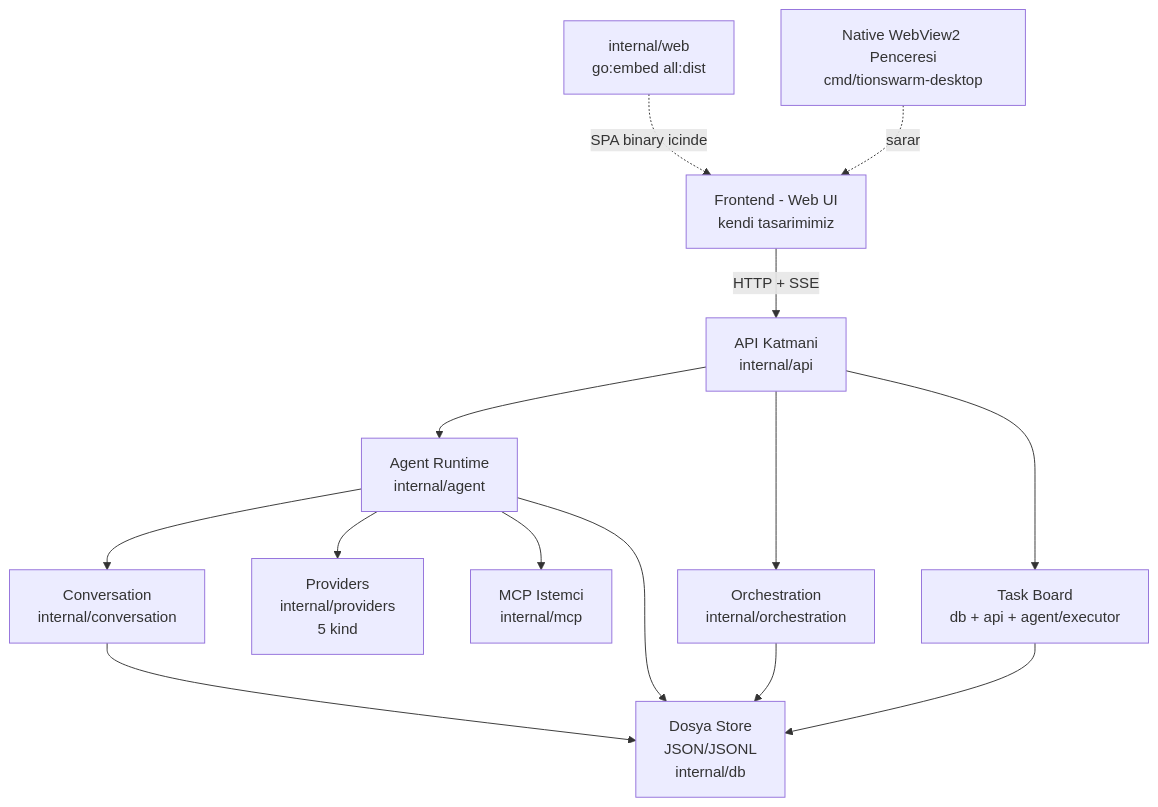
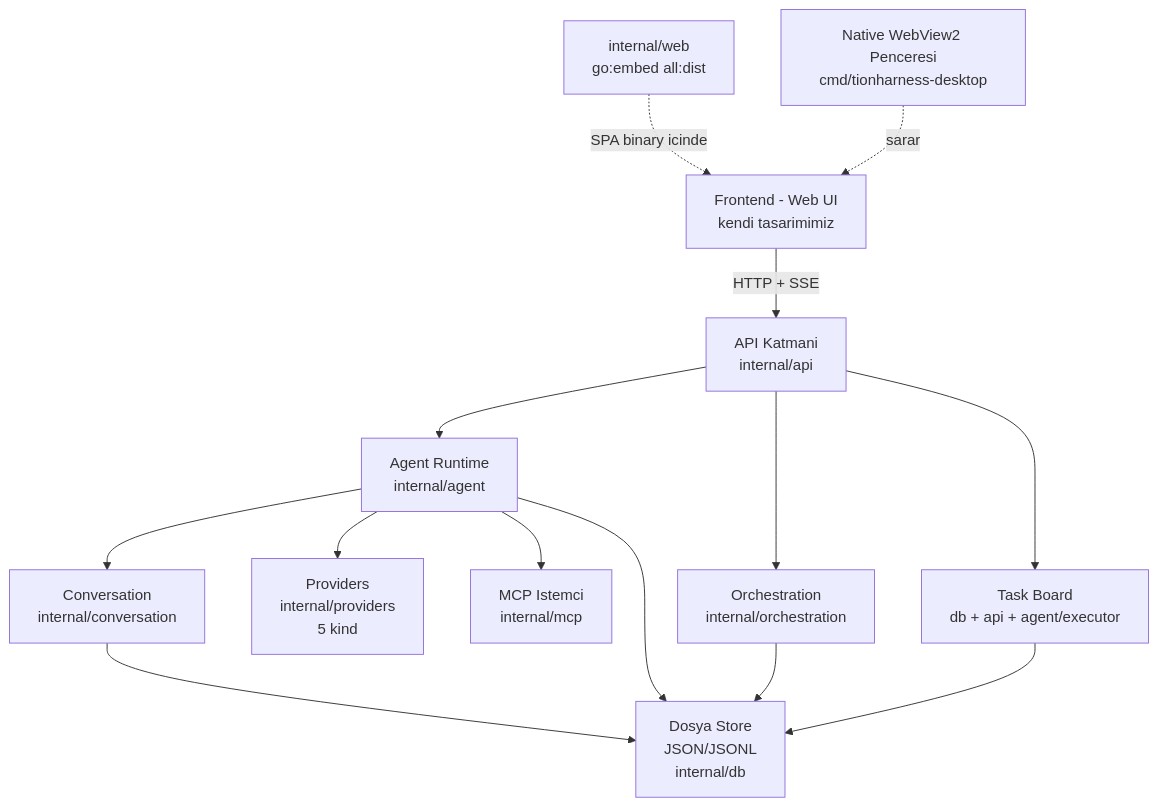
One commit to bilal-arikan/tionharness changed the first of 2 diagrams in _Docs/01-MIMARI.md. Above: the diagram before and after it, drawn with Mermaid. The commit also changed other lines of this file and 831 other files, not shown here.

````diff
--- a/_Docs/01-MIMARI.md
+++ b/_Docs/01-MIMARI.md
@@ -5,16 +5,16 @@
 ```mermaid
 graph TD
     UI[Frontend - Web UI<br/>kendi tasarimimiz] -->|HTTP + SSE| API[API Katmani<br/>internal/api]
     API --> RT[Agent Runtime<br/>internal/agent]
     API --> ORC[Orchestration<br/>internal/orchestration]
     API --> TASK[Task Board<br/>db + api + agent/executor]
     RT --> CONV[Conversation<br/>internal/conversation]
     RT --> PROV[Providers<br/>internal/providers<br/>5 kind]
     RT --> MCP[MCP Istemci<br/>internal/mcp]
     CONV --> DB[Dosya Store<br/>JSON/JSONL<br/>internal/db]
     TASK --> DB
     RT --> DB
     ORC --> DB
     EMBED[internal/web<br/>go:embed all:dist] -.SPA binary icinde.-> UI
-    DESK[Native WebView2 Penceresi<br/>cmd/tionswarm-desktop] -.sarar.-> UI
+    DESK[Native WebView2 Penceresi<br/>cmd/tionharness-desktop] -.sarar.-> UI
 ```
````
